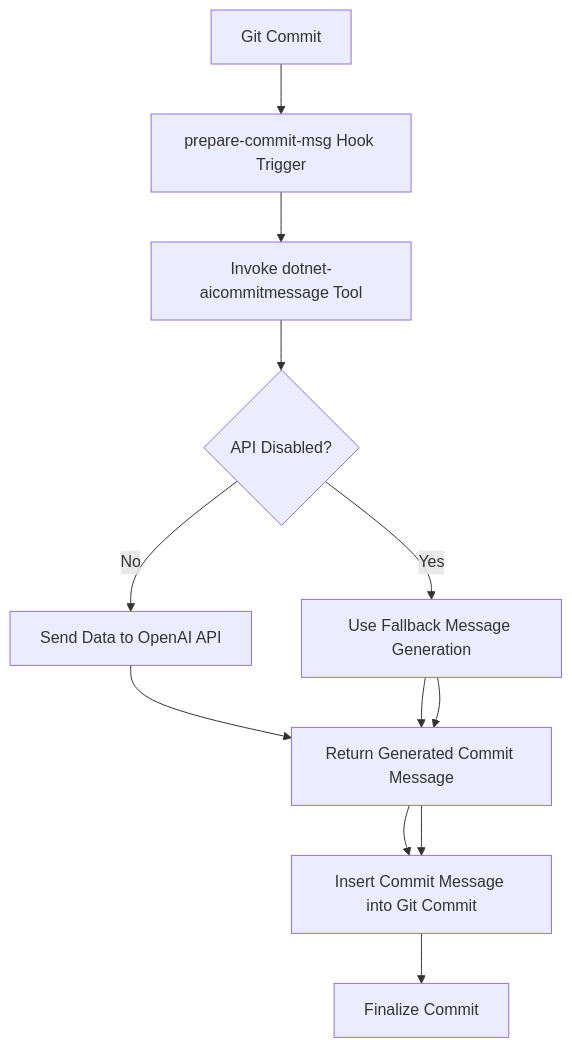
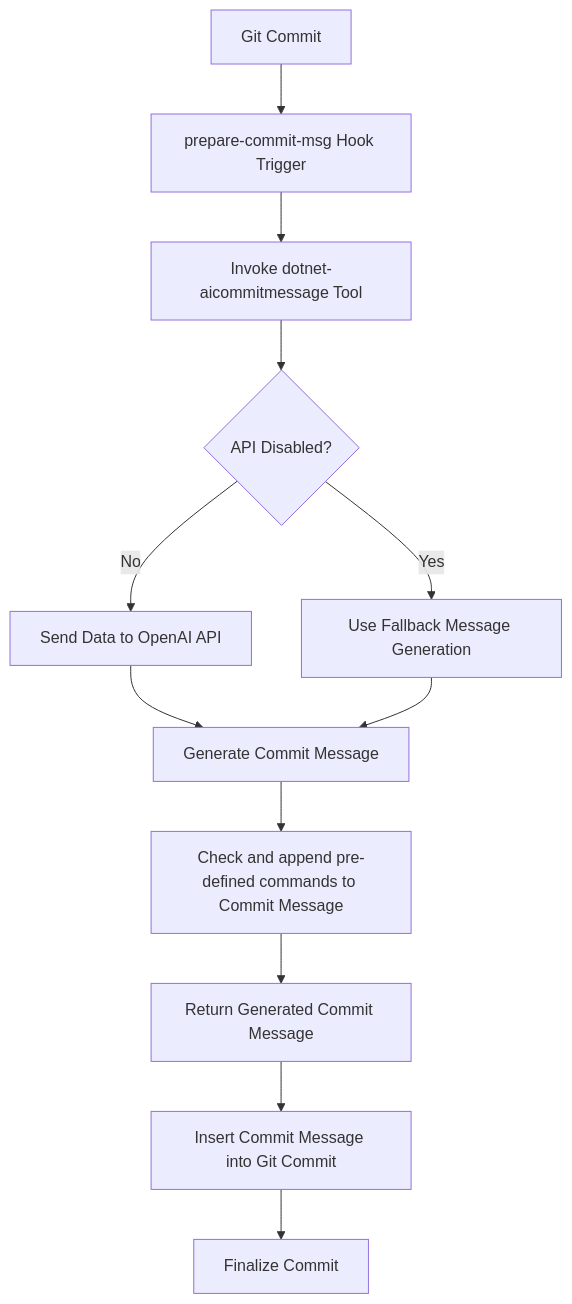
The diagram in README.md (guibranco/dotnet-aicommitmessage), drawn with Mermaid before and after one commit.

````diff
--- a/README.md
+++ b/README.md
@@ -105,14 +105,14 @@
 ```mermaid
 graph TD
     A[Git Commit] --> B[prepare-commit-msg Hook Trigger]
     B --> C[Invoke dotnet-aicommitmessage Tool]
     C --> D{API Disabled?}
     D -->|No| E[Send Data to OpenAI API]
     D -->|Yes| F[Use Fallback Message Generation]
     E --> G[Generate Commit Message]
     F --> G
     G --> H[Check and append pre-defined commands to Commit Message]
-    F --> G[Return Generated Commit Message]
-    G --> H[Insert Commit Message into Git Commit]
-    H --> I[Finalize Commit]
+    H --> I[Return Generated Commit Message]
+    I --> J[Insert Commit Message into Git Commit]
+    J --> K[Finalize Commit]
 ```
````
